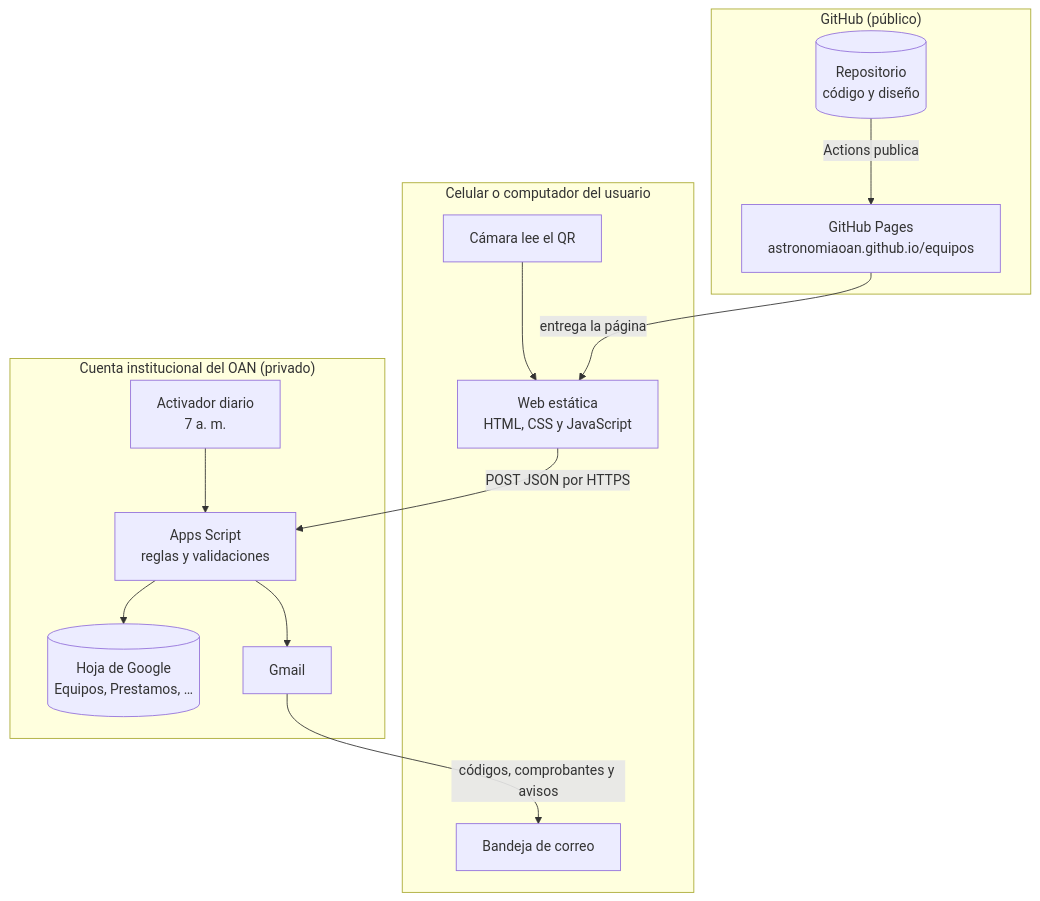
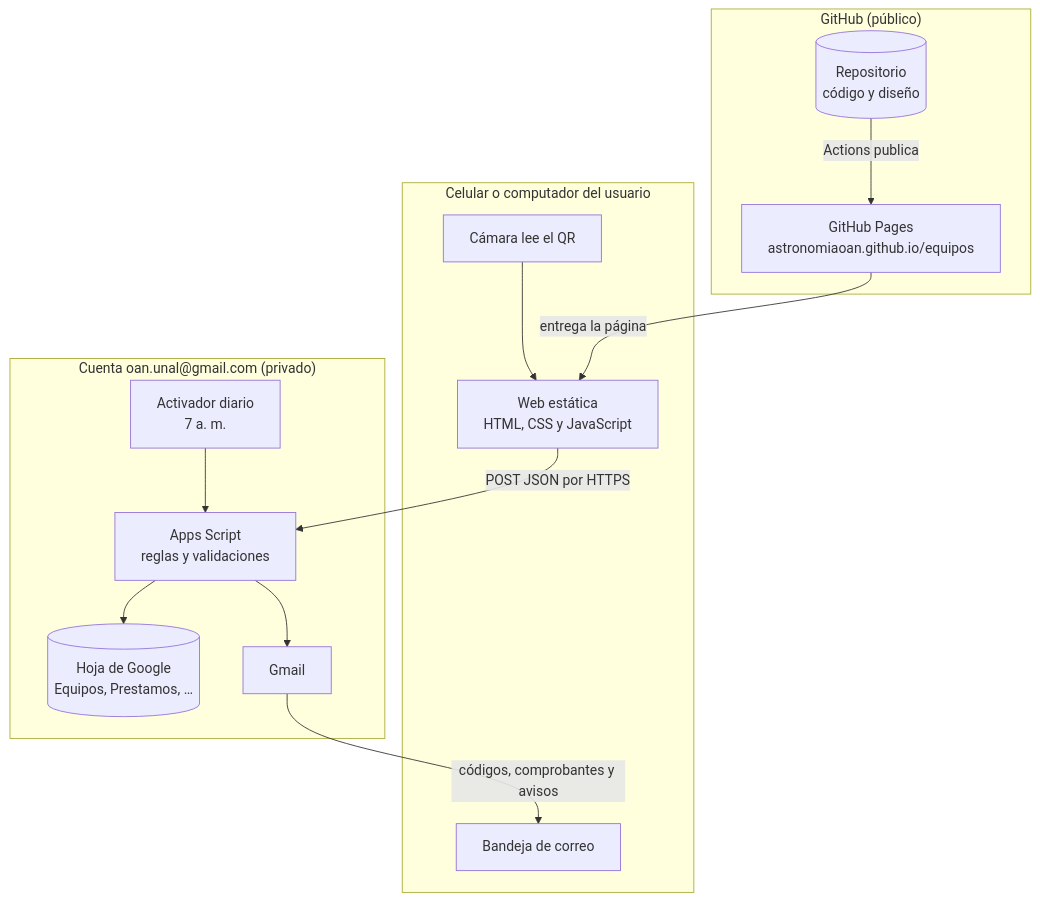
Before and after one commit to AstronomiaOAN/equipos: the diagram in docs/09-arquitectura-y-seguridad.md, drawn with Mermaid. The commit also changed other lines of this file and 39 other files, not shown here.

First line of the commit message:
Logo del OAN, salidas con varios equipos y base de datos en el Drive de oan.unal@gmail.com

````diff
--- a/docs/09-arquitectura-y-seguridad.md
+++ b/docs/09-arquitectura-y-seguridad.md
@@ -5,18 +5,18 @@
 ```mermaid
 flowchart TB
     subgraph GitHub["GitHub (público)"]
         R[(Repositorio<br/>código y diseño)] -- Actions publica --> P[GitHub Pages<br/>astronomiaoan.github.io/equipos]
     end
     subgraph Celular["Celular o computador del usuario"]
         Q[Cámara lee el QR] --> W[Web estática<br/>HTML, CSS y JavaScript]
         B[Bandeja de correo]
     end
-    subgraph Google["Cuenta institucional del OAN (privado)"]
+    subgraph Google["Cuenta oan.unal@gmail.com (privado)"]
         T[Activador diario<br/>7 a. m.] --> A[Apps Script<br/>reglas y validaciones]
         A --> H[(Hoja de Google<br/>Equipos, Prestamos, …)]
         A --> M[Gmail]
     end
     P -- entrega la página --> W
     W -- "POST JSON por HTTPS" --> A
     M -- "códigos, comprobantes y avisos" --> B
 ```
````
